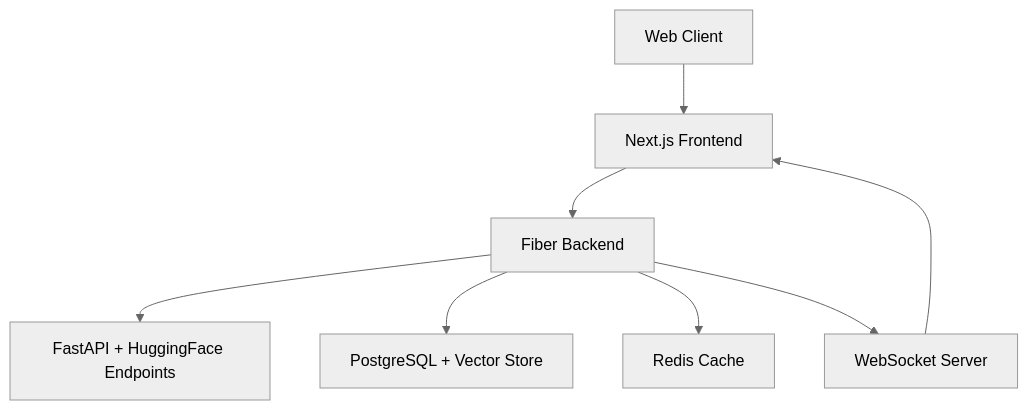
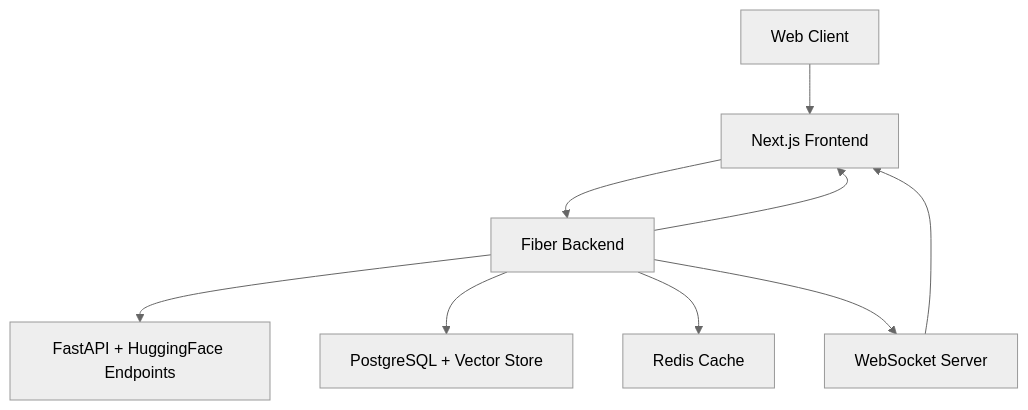
Before and after one commit to lesleyfon/VoiceScribe-Pro: the diagram in README.md, drawn with Mermaid (neutral theme).

Commit message:
Update README to include 'Fiber Backend' in the architecture diagram, clarifying the backend structure of the application.

````diff
--- a/README.md
+++ b/README.md
@@ -55,10 +55,11 @@
 ```mermaid
 graph TD
     A[Web Client] --> B[Next.js Frontend]
     B --> C[Fiber Backend]
     C --> D[FastAPI + HuggingFace Endpoints]
     C --> E[PostgreSQL + Vector Store]
     C --> F[Redis Cache]
     G[WebSocket Server] --> B
+    C[Fiber Backend] --> B
     C --> G
 ```
````
